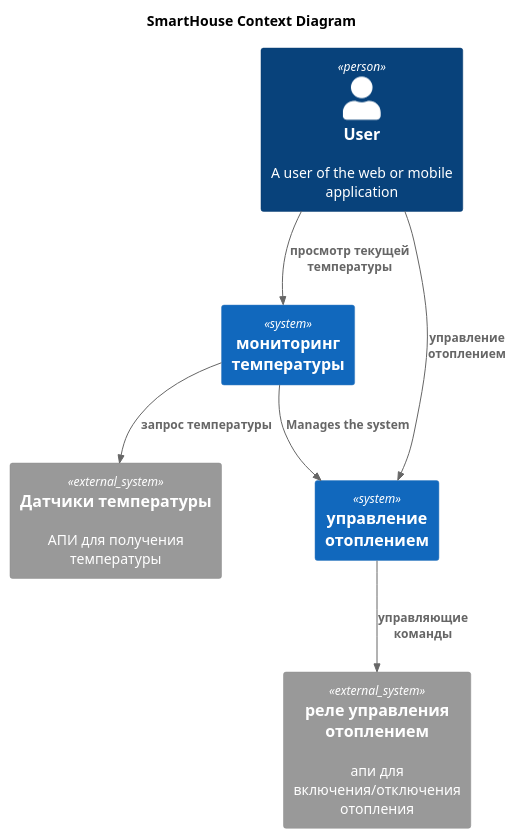
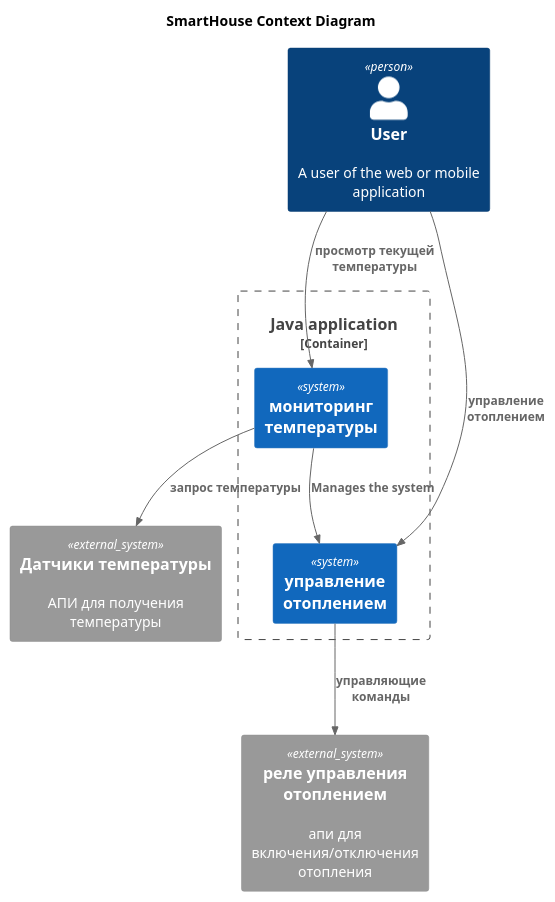
One commit to tinyakovru/architecture-sprint-3 changed the diagram in docs/ex1_1/context.puml. Above: the diagram before and after it, drawn with PlantUML. The commit also changed 1 other file, not shown here.

```diff
--- a/docs/ex1_1/context.puml
+++ b/docs/ex1_1/context.puml
@@ -1,22 +1,22 @@
 @startuml
 title SmartHouse Context Diagram
 
 top to bottom direction
 
 !includeurl https://raw.githubusercontent.com/RicardoNiepel/C4-PlantUML/master/C4_Component.puml
 
 Person(user, "User", "A user of the web or mobile application")
-'Person(admin, "Administrator", "An administrator managing the system")
-System(Мониторинг, "мониторинг температуры", "")
-System(Управление, "управление отоплением", "")
-
+Container_Boundary(JavaApp, "Java application") {
+    System(Мониторинг, "мониторинг температуры", "")
+    System(Управление, "управление отоплением", "")
+}
 System_Ext(датчик, "Датчики температуры", "АПИ для получения температуры")
 System_Ext(реле, "реле управления отоплением", "апи для включения/отключения отопления")
 
 Rel(user, Мониторинг, "просмотр текущей температуры")
 Rel(user, Управление, "управление отоплением")
 Rel(Мониторинг,Управление,"Manages the system")
 Rel(Мониторинг,датчик,"запрос температуры ")
 Rel(Управление,реле,"управляющие команды")
 
 @enduml
```
